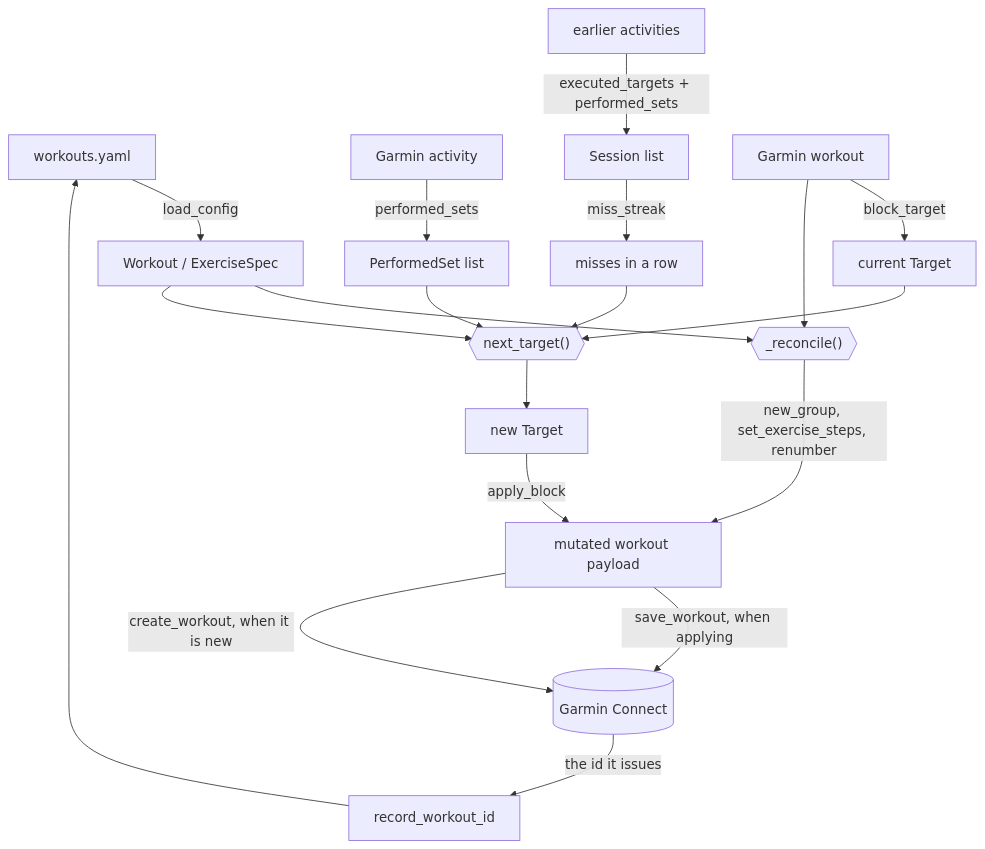
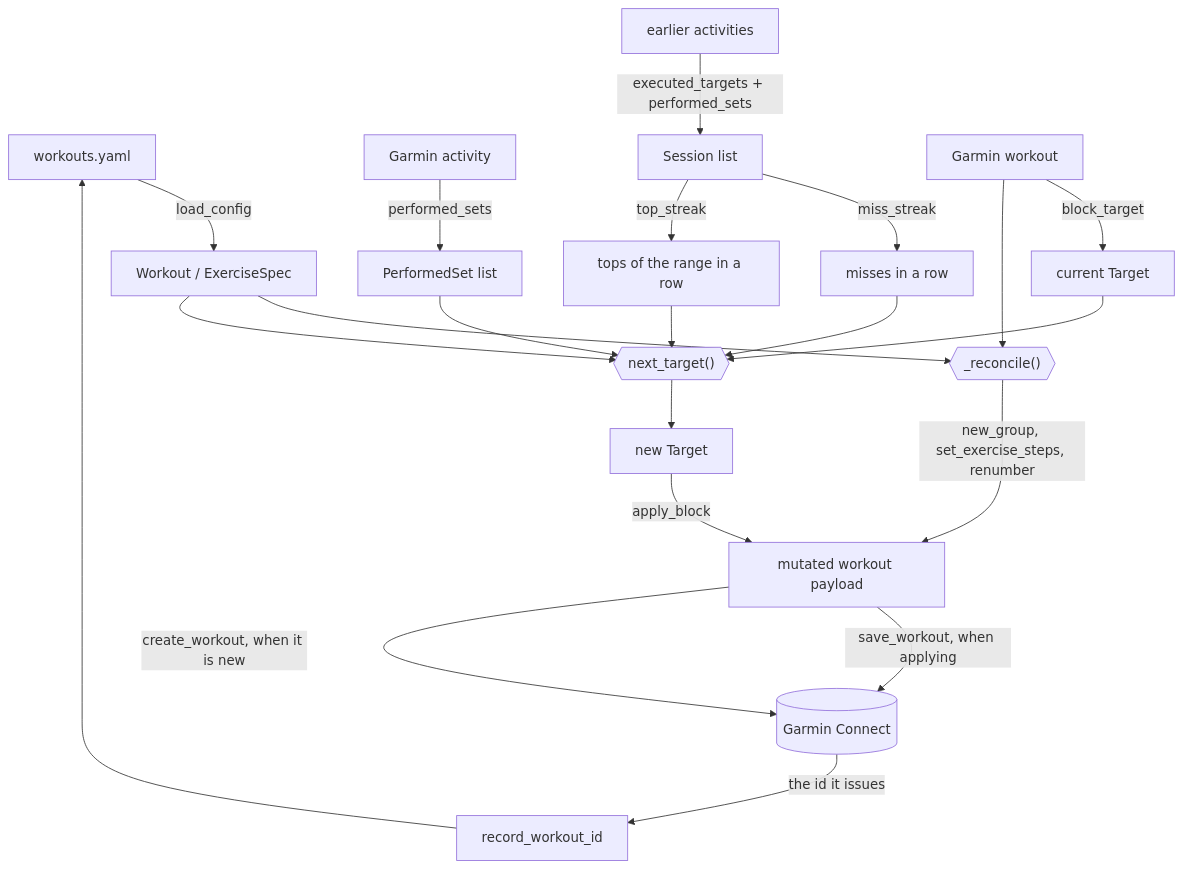
One commit to theadzik/repwise changed the second of 2 diagrams in docs/architecture.md. Above: the diagram before and after it, drawn with Mermaid. The commit also changed 10 other files, not shown here.

First line of the commit message:
feat: confirm the top of the range before adding load (#95)

````diff
--- a/docs/architecture.md
+++ b/docs/architecture.md
@@ -211,23 +211,25 @@
 ```mermaid
 flowchart TD
     YAML["workouts.yaml"] -->|load_config| SPEC["Workout / ExerciseSpec"]
     ACT["Garmin activity"] -->|performed_sets| PERF["PerformedSet list"]
     OLD["earlier activities"] -->|"executed_targets + performed_sets"| HIST["Session list"]
     HIST -->|miss_streak| STREAK["misses in a row"]
+    HIST -->|top_streak| TOPS["tops of the range in a row"]
     WKT["Garmin workout"] -->|block_target| CUR["current Target"]
 
     SPEC --> SHAPE{{"_reconcile()"}}
     WKT --> SHAPE
     SHAPE -->|"new_group, set_exercise_steps, renumber"| MUT
 
     SPEC --> RULES{{"next_target()"}}
     PERF --> RULES
     CUR --> RULES
     STREAK --> RULES
+    TOPS --> RULES
 
     RULES --> NEW["new Target"]
     NEW -->|apply_block| MUT["mutated workout payload"]
     MUT -->|"save_workout, when applying"| OUT[("Garmin Connect")]
     MUT -->|"create_workout, when it is new"| OUT
     OUT -->|"the id it issues"| BACK["record_workout_id"] --> YAML
 ```
````
